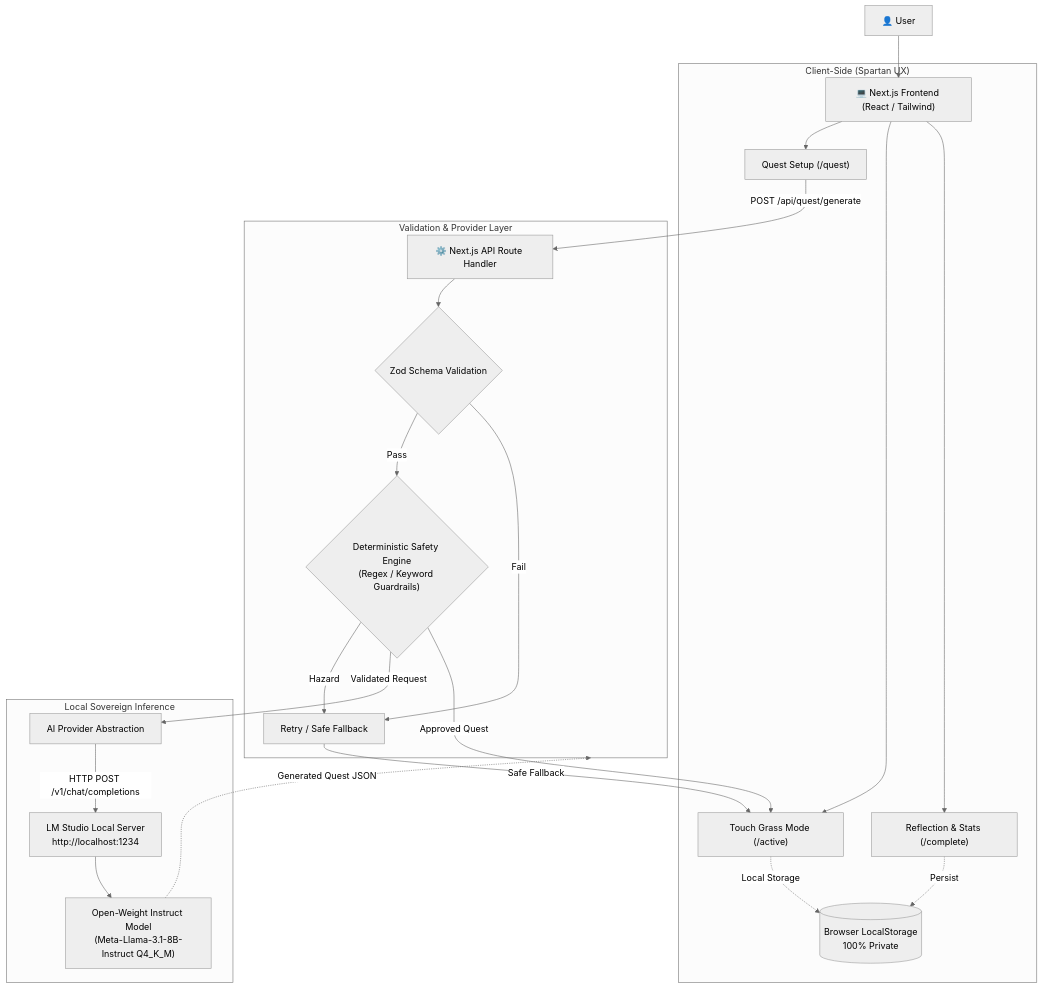
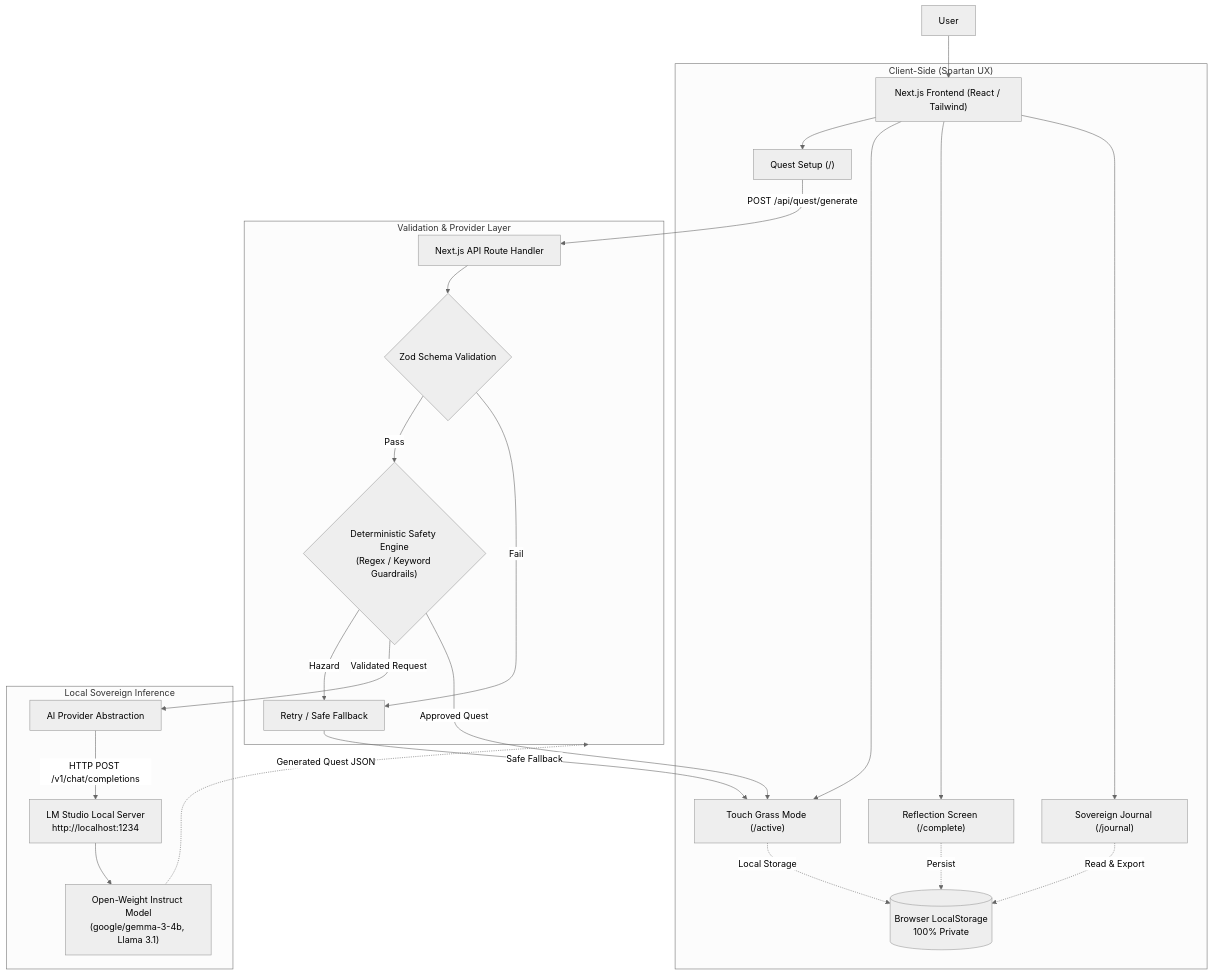
The second of 2 diagrams in README.md (Ani0811/irl-quest), drawn with Mermaid (neutral theme) before and after one commit. The commit also changed other lines of this file and 4 other files, not shown here.

````diff
--- a/README.md
+++ b/README.md
@@ -48,32 +51,34 @@
 ```mermaid
 flowchart TD
-    User["👤 User"] --> Client["💻 Next.js Frontend (React / Tailwind)"]
+    User["User"] --> Client["Next.js Frontend (React / Tailwind)"]
     
     subgraph Frontend["Client-Side (Spartan UX)"]
-        Client --> Setup["Quest Setup (/quest)"]
+        Client --> Setup["Quest Setup (/)"]
         Client --> Active["Touch Grass Mode (/active)"]
-        Client --> Complete["Reflection & Stats (/complete)"]
+        Client --> Complete["Reflection Screen (/complete)"]
+        Client --> Journal["Sovereign Journal (/journal)"]
         Active -. Local Storage .-> Store[("Browser LocalStorage<br/>100% Private")]
         Complete -. Persist .-> Store
+        Journal -. Read & Export .-> Store
     end
 
-    Setup -->|"POST /api/quest/generate"| API["⚙️ Next.js API Route Handler"]
+    Setup -->|"POST /api/quest/generate"| API["Next.js API Route Handler"]
 
     subgraph Backend["Validation & Provider Layer"]
         API --> Zod{"Zod Schema Validation"}
         Zod -->|Pass| Safety{"Deterministic Safety Engine<br/>(Regex / Keyword Guardrails)"}
         Zod -->|Fail| Retry["Retry / Safe Fallback"]
         Safety -->|Hazard| Retry
     end
 
     Safety -->|Validated Request| Provider["AI Provider Abstraction"]
 
     subgraph LocalInference["Local Sovereign Inference"]
         Provider -->|"HTTP POST /v1/chat/completions"| LMStudio["LM Studio Local Server<br/>http://localhost:1234"]
-        LMStudio --> Model["Open-Weight Instruct Model<br/>(Meta-Llama-3.1-8B-Instruct Q4_K_M)"]
+        LMStudio --> Model["Open-Weight Instruct Model<br/>(google/gemma-3-4b, Llama 3.1)"]
     end
 
     Model -. Generated Quest JSON .-> Backend
     Safety -->|Approved Quest| Active
     Retry -->|Safe Fallback| Active
 ```
````
